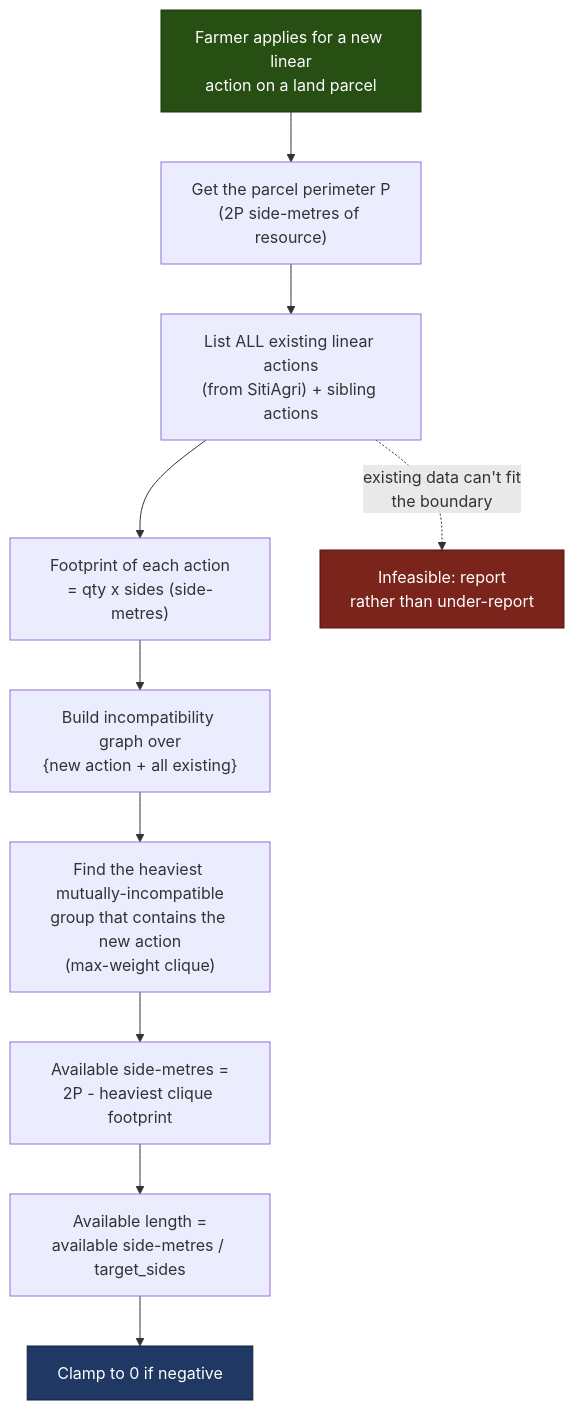
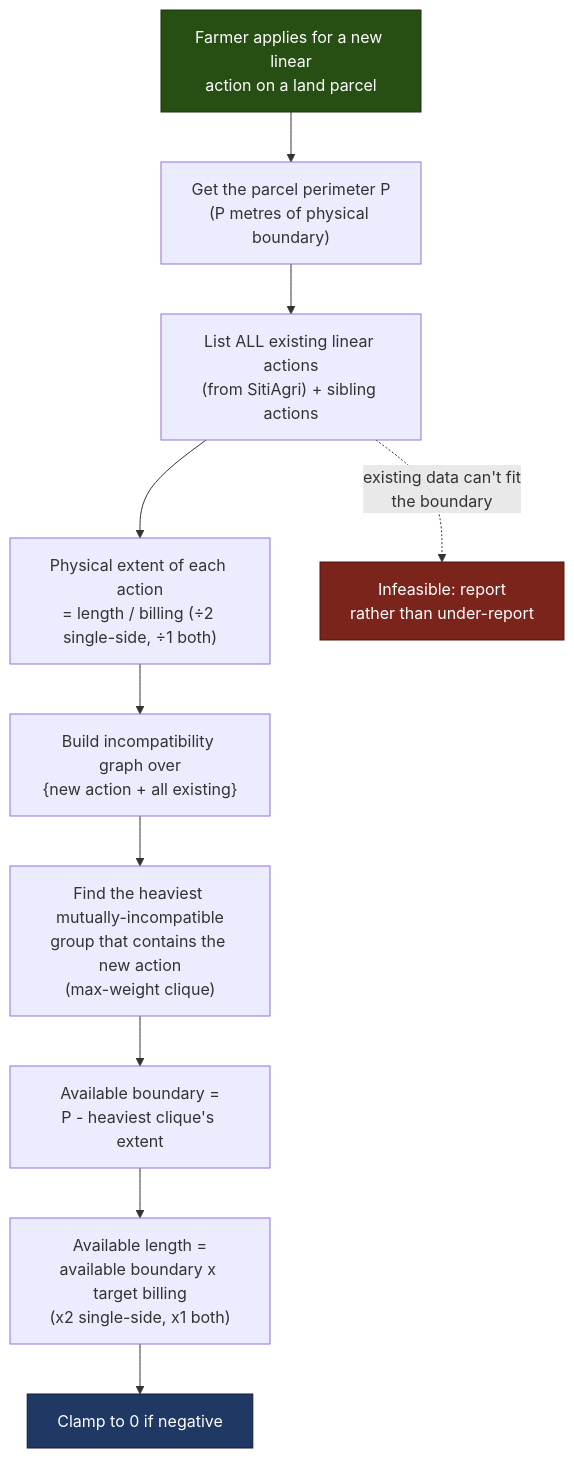
The diagram in docs/available-length-calculation/alc-explained.md (DEFRA/land-grants-api), drawn with Mermaid before and after one commit. The commit also changed other lines of this file and 2 other files, not shown here.

First line of the commit message:
docs: anchor ALC on the physical boundary metre, not side-metres

````diff
--- a/docs/available-length-calculation/alc-explained.md
+++ b/docs/available-length-calculation/alc-explained.md
@@ -365,16 +402,16 @@
 ```mermaid
 flowchart TD
-    A["Farmer applies for a new linear\naction on a land parcel"] --> B["Get the parcel perimeter P\n(2P side-metres of resource)"]
+    A["Farmer applies for a new linear\naction on a land parcel"] --> B["Get the parcel perimeter P\n(P metres of physical boundary)"]
     B --> C["List ALL existing linear actions\n(from SitiAgri) + sibling actions"]
-    C --> D["Footprint of each action\n= qty x sides (side-metres)"]
+    C --> D["Physical extent of each action\n= length / billing (÷2 single-side, ÷1 both)"]
     D --> E["Build incompatibility graph over\n{new action + all existing}"]
     E --> F["Find the heaviest mutually-incompatible\ngroup that contains the new action\n(max-weight clique)"]
-    F --> G["Available side-metres =\n2P - heaviest clique footprint"]
-    G --> H["Available length =\navailable side-metres / target_sides"]
+    F --> G["Available boundary =\nP - heaviest clique's extent"]
+    G --> H["Available length =\navailable boundary x target billing\n(x2 single-side, x1 both)"]
     H --> I["Clamp to 0 if negative"]
     C -. "existing data can't fit\nthe boundary" .-> X["Infeasible: report\nrather than under-report"]
 
     style A fill:#274e13,stroke:#1b3409,color:#ffffff
     style I fill:#1f3864,stroke:#0f1f3a,color:#ffffff
     style X fill:#7b241c,stroke:#4a1610,color:#ffffff
 ```
````
